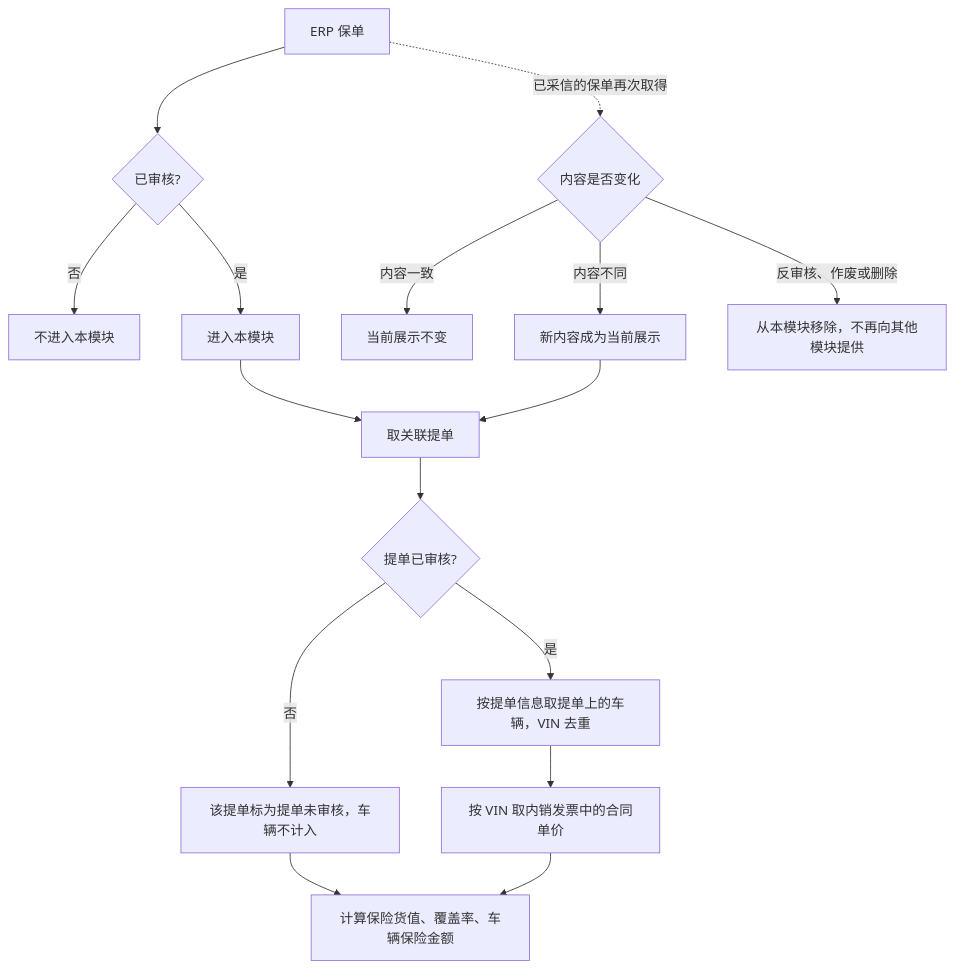
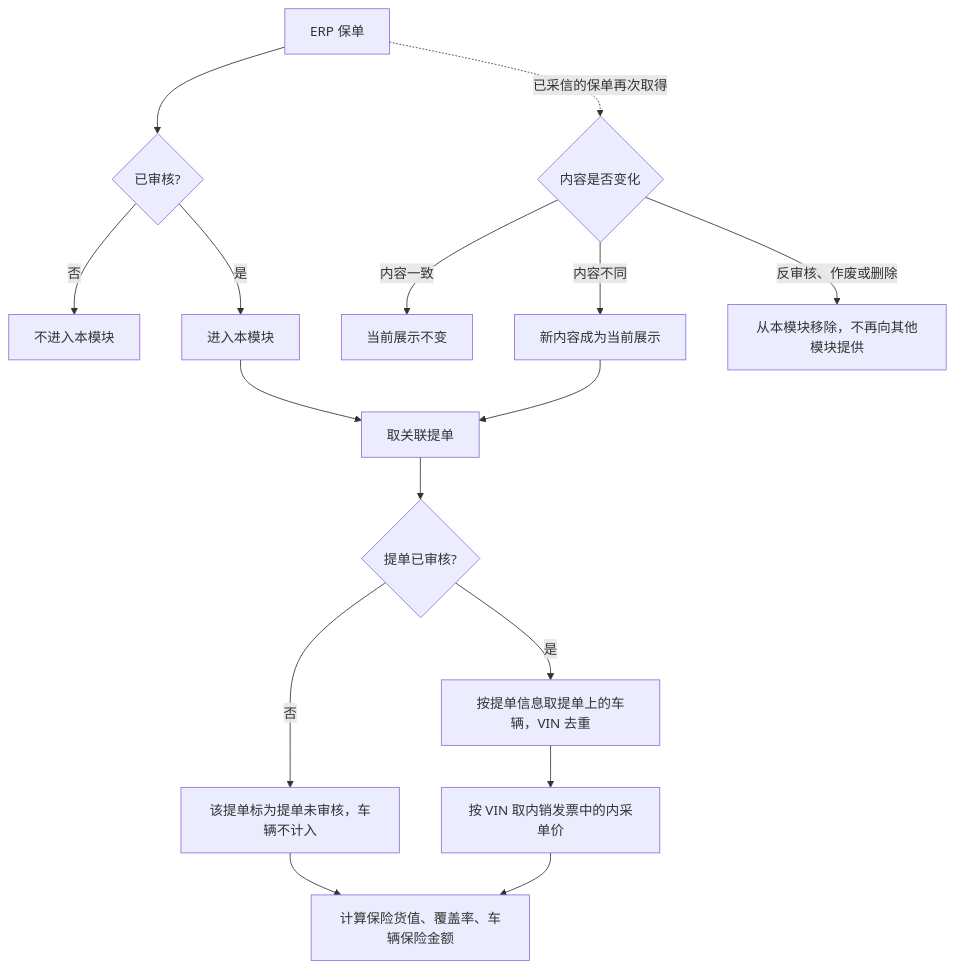
The first of 3 diagrams in asset-trust-platform/PRD/运营端/M13-保单信息/02-保单信息-流程图与状态机.md (wxblockchain/Chain-Financing), drawn with Mermaid before and after one commit. The commit also changed other lines of this file and 3 other files, not shown here.

````diff
--- a/asset-trust-platform/PRD/运营端/M13-保单信息/02-保单信息-流程图与状态机.md
+++ b/asset-trust-platform/PRD/运营端/M13-保单信息/02-保单信息-流程图与状态机.md
@@ -16,18 +16,18 @@
 ```mermaid
 flowchart TD
     A[ERP 保单] --> B{已审核?}
     B -->|否| X[不进入本模块]
     B -->|是| C[进入本模块]
     C --> D[取关联提单]
     D --> E{提单已审核?}
     E -->|否| F[该提单标为提单未审核，车辆不计入]
     E -->|是| G[按提单信息取提单上的车辆，VIN 去重]
-    G --> H[按 VIN 取内销发票中的合同单价]
+    G --> H[按 VIN 取内销发票中的内采单价]
     F --> R[计算保险货值、覆盖率、车辆保险金额]
     H --> R
     A -. 已采信的保单再次取得 .-> U{内容是否变化}
     U -->|内容一致| K[当前展示不变]
     U -->|内容不同| N[新内容成为当前展示]
     U -->|反审核、作废或删除| M[从本模块移除，不再向其他模块提供]
     N --> D
 ```
````
